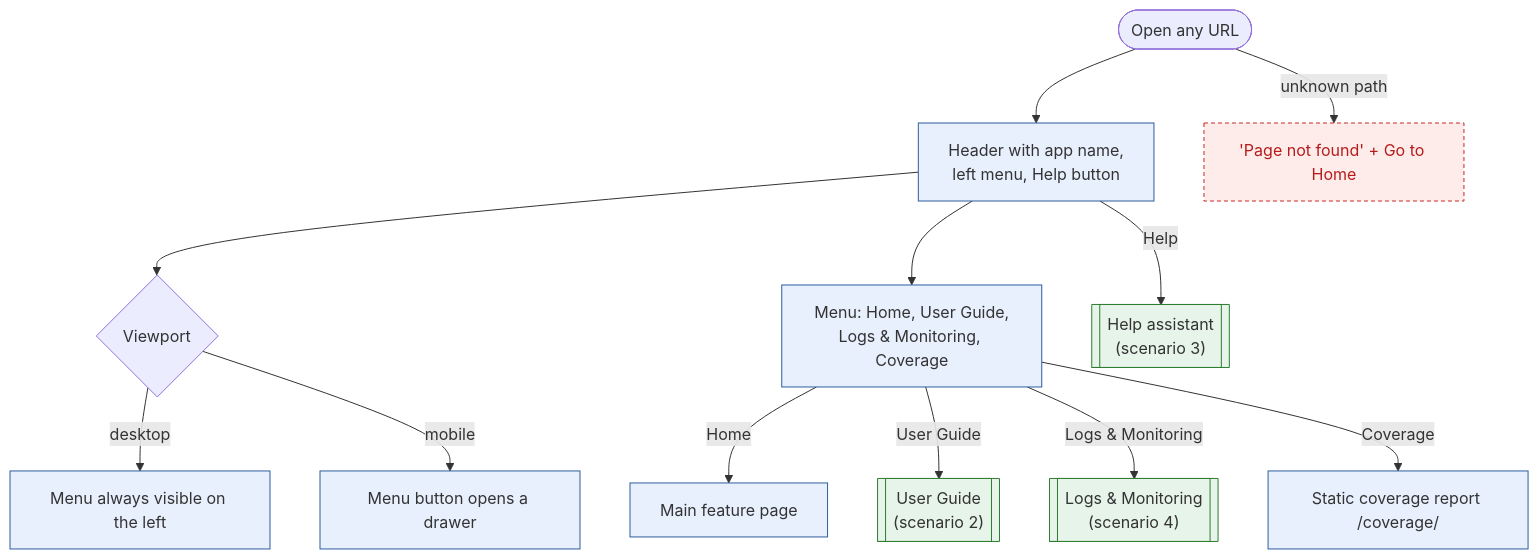
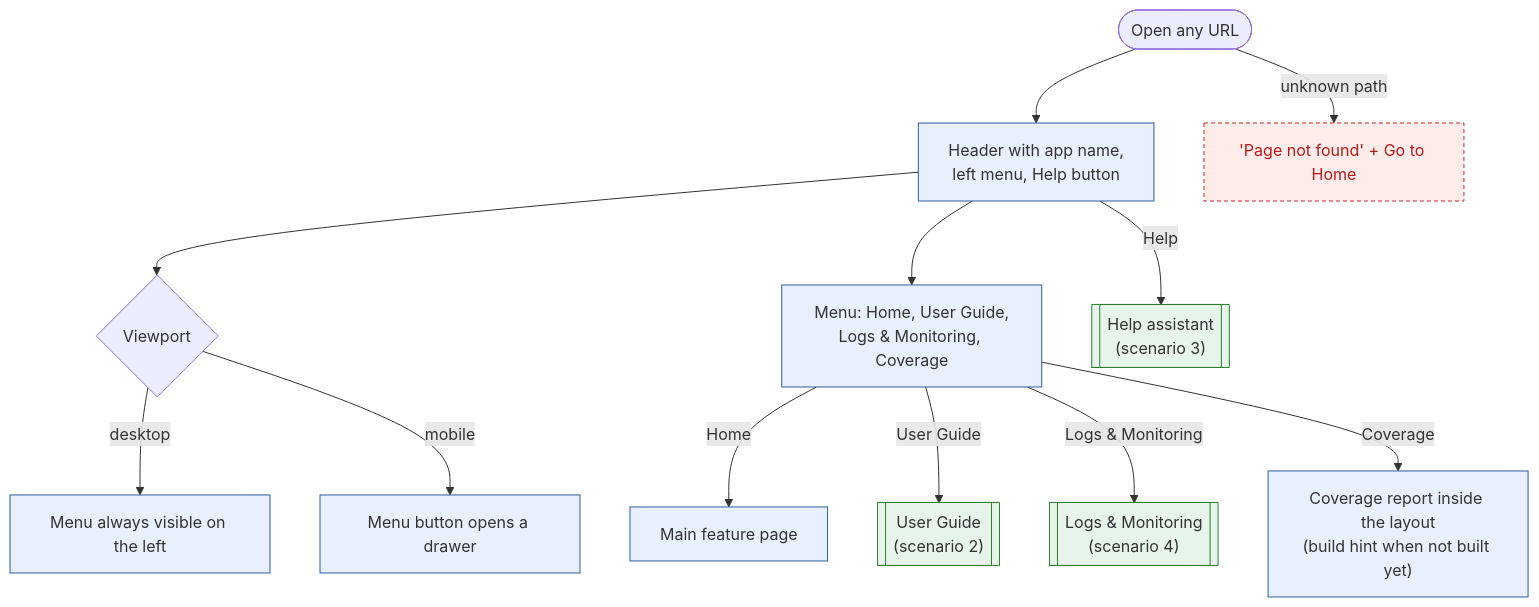
The diagram in ux-flows/01-app-shell.md (cd-jung/fullstack-template), drawn with Mermaid before and after one commit. The commit also changed 17 other files, not shown here.

First line of the commit message:
feat(coverage): show the coverage report inside the app layout

````diff
--- a/ux-flows/01-app-shell.md
+++ b/ux-flows/01-app-shell.md
@@ -5,27 +5,27 @@
 ```mermaid
 flowchart TD
   open(["Open any URL"]) --> shell["Header with app name,<br/>left menu, Help button"]
   shell --> viewport{"Viewport"}
   viewport -->|"desktop"| permanent["Menu always visible on the left"]
   viewport -->|"mobile"| drawer["Menu button opens a drawer"]
   shell --> menu["Menu: Home, User Guide,<br/>Logs & Monitoring, Coverage"]
   menu -->|"Home"| home["Main feature page"]
   menu -->|"User Guide"| guide[["User Guide<br/>(scenario 2)"]]
   menu -->|"Logs & Monitoring"| logs[["Logs & Monitoring<br/>(scenario 4)"]]
-  menu -->|"Coverage"| coverage["Static coverage report /coverage/"]
+  menu -->|"Coverage"| coverage["Coverage report inside the layout<br/>(build hint when not built yet)"]
   shell -->|"Help"| help[["Help assistant<br/>(scenario 3)"]]
   open -->|"unknown path"| notFound["'Page not found' + Go to Home"]
 
   classDef screen fill:#e8f0fe,stroke:#2f5d9e
   classDef hidden fill:#fdecea,stroke:#c62828,stroke-dasharray:4 3,color:#b71c1c
   classDef link fill:#e6f4ea,stroke:#2e7d32
   class shell,permanent,drawer,menu,home,coverage screen
   class notFound hidden
   class guide,logs,help link
 
   %% link guide 02-user-guide.md
   %% link logs 04-logs-monitoring.md
   %% link help 03-help-assistant.md
 
   %% guide 01-getting-started.md
 ```
````
